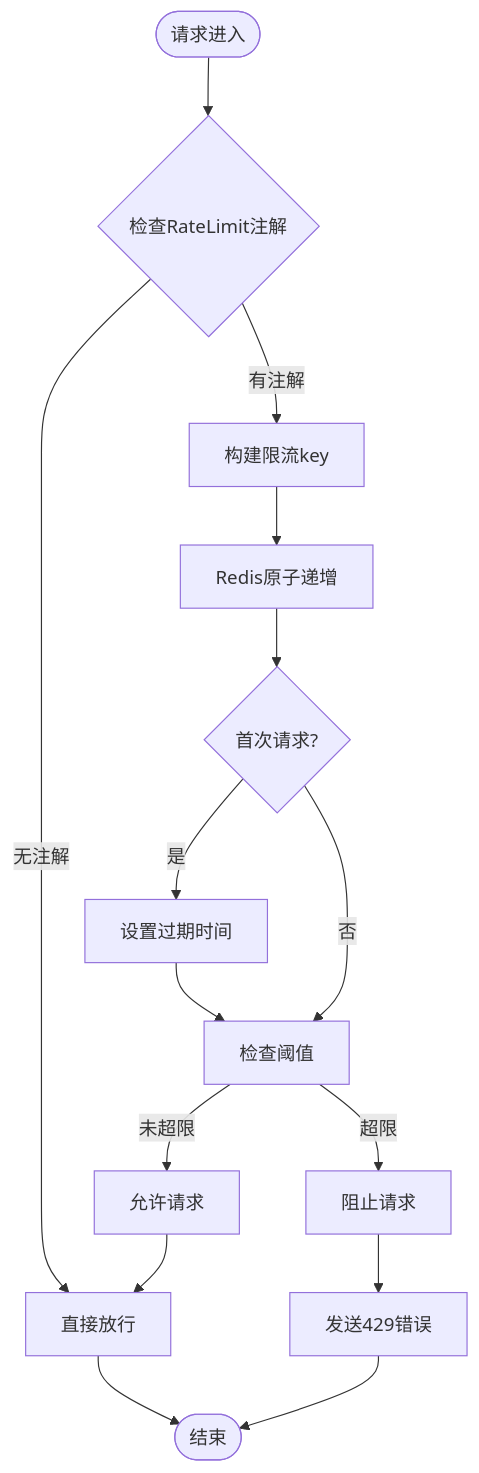
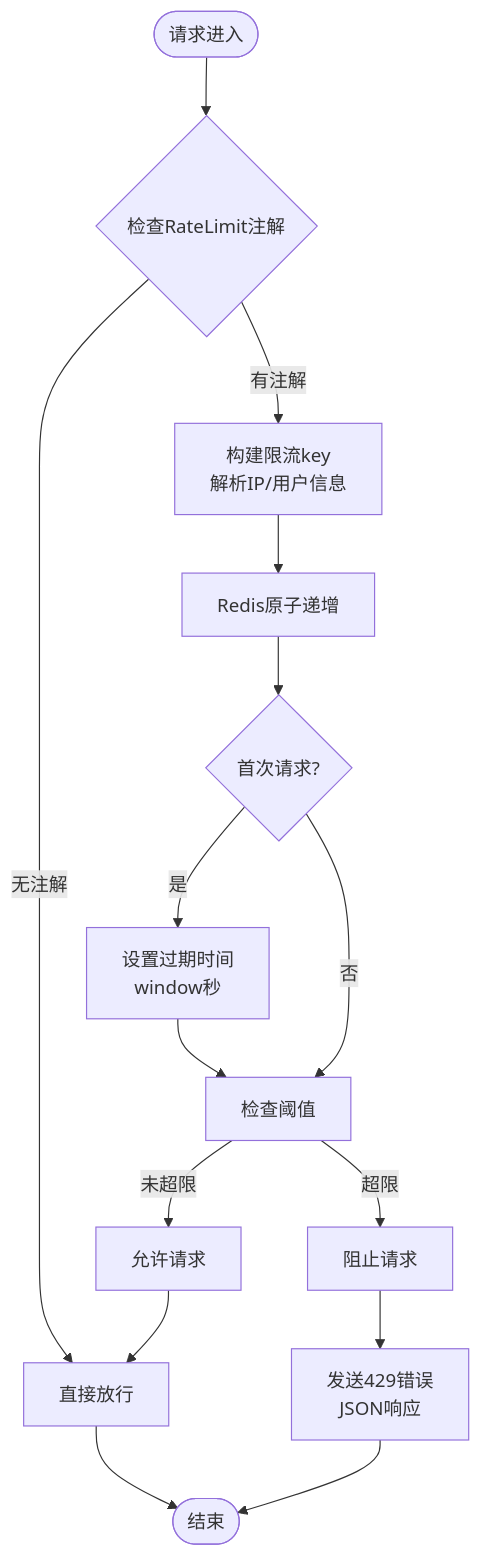
Before and after one commit to PersonNoName/FreeTrader: the fourth of 5 diagrams in .qoder/repowiki/zh/content/缓存与性能优化/速率限制系统.md, drawn with Mermaid. The commit also changed other lines of this file and 10 other files, not shown here.

````diff
--- a/.qoder/repowiki/zh/content/缓存与性能优化/速率限制系统.md
+++ b/.qoder/repowiki/zh/content/缓存与性能优化/速率限制系统.md
@@ -192,17 +202,17 @@
 ```mermaid
 flowchart TD
 Start([请求进入]) --> CheckAnnotation{"检查RateLimit注解"}
 CheckAnnotation --> |无注解| PassThrough[直接放行]
-CheckAnnotation --> |有注解| BuildKey[构建限流key]
+CheckAnnotation --> |有注解| BuildKey[构建限流key<br/>解析IP/用户信息]
 BuildKey --> AcquireToken[Redis原子递增]
 AcquireToken --> FirstRequest{"首次请求?"}
-FirstRequest --> |是| SetExpire[设置过期时间]
+FirstRequest --> |是| SetExpire[设置过期时间<br/>window秒]
 FirstRequest --> |否| CheckThreshold[检查阈值]
 SetExpire --> CheckThreshold
 CheckThreshold --> |未超限| AllowRequest[允许请求]
 CheckThreshold --> |超限| BlockRequest[阻止请求]
-BlockRequest --> SendError[发送429错误]
+BlockRequest --> SendError[发送429错误<br/>JSON响应]
 AllowRequest --> PassThrough
 SendError --> End([结束])
 PassThrough --> End
 ```
````
